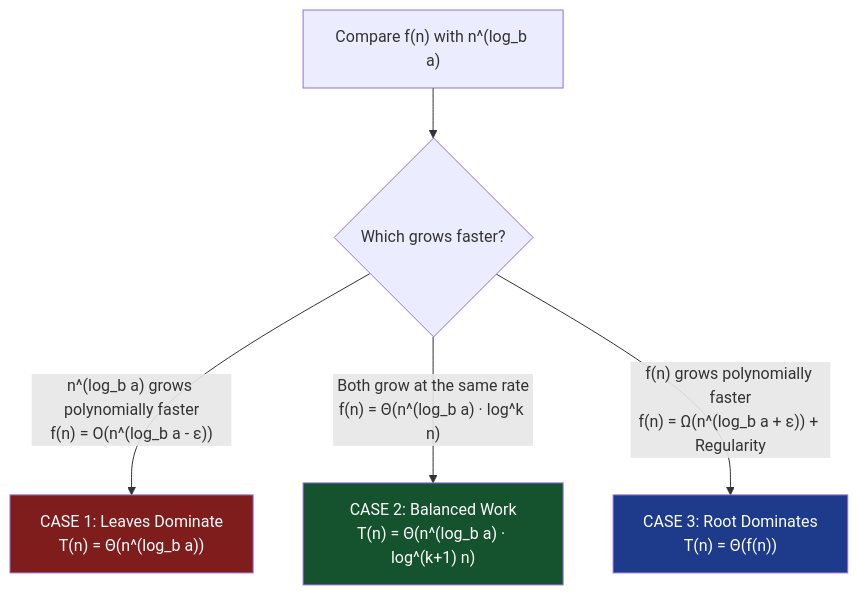
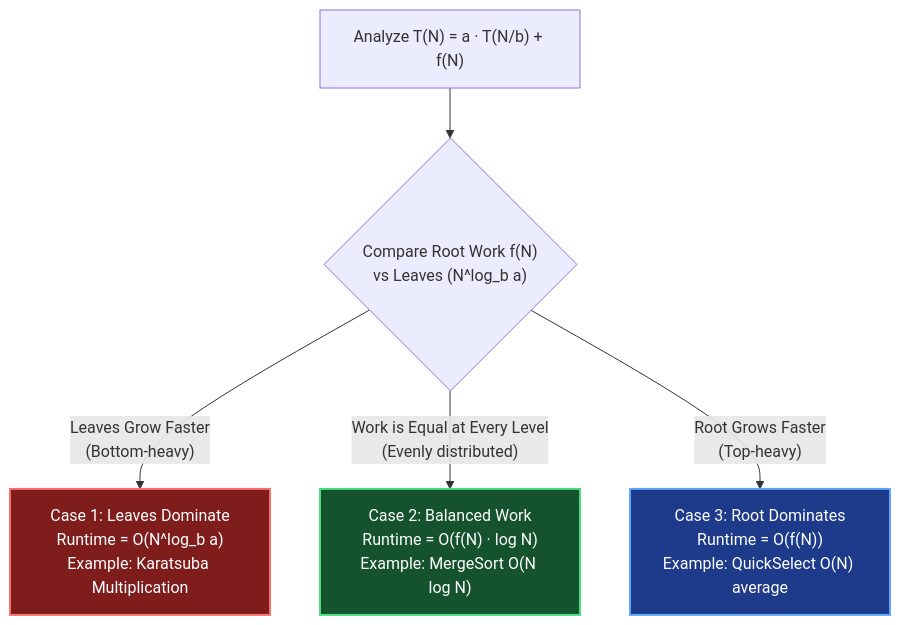
Before and after one commit to vadde/DSA: the diagram in 00 - Fundamentals/000 - Theoretical Foundations (The Complete Guide)/03_recurrences_and_master_theorem.md, drawn with Mermaid. The commit also changed other lines of this file and 14 other files, not shown here.

````diff
--- a/00 - Fundamentals/000 - Theoretical Foundations (The Complete Guide)/03_recurrences_and_master_theorem.md
+++ b/00 - Fundamentals/000 - Theoretical Foundations (The Complete Guide)/03_recurrences_and_master_theorem.md
@@ -115,12 +42,12 @@
 ```mermaid
 flowchart TD
-    START["Compare f(n) with n^(log_b a)"] --> Q{"Which grows faster?"}
+    Start["Analyze T(N) = a · T(N/b) + f(N)"] --> Compare{"Compare Root Work f(N)\nvs Leaves (N^log_b a)"}
 
-    Q -->|"n^(log_b a) grows polynomially faster\nf(n) = O(n^(log_b a - ε))"| C1["CASE 1: Leaves Dominate\nT(n) = Θ(n^(log_b a))"]
-    Q -->|"Both grow at the same rate\nf(n) = Θ(n^(log_b a) · log^k n)"| C2["CASE 2: Balanced Work\nT(n) = Θ(n^(log_b a) · log^(k+1) n)"]
-    Q -->|"f(n) grows polynomially faster\nf(n) = Ω(n^(log_b a + ε)) + Regularity"| C3["CASE 3: Root Dominates\nT(n) = Θ(f(n))"]
+    Compare -- "Leaves Grow Faster\n(Bottom-heavy)" --> Case1["Case 1: Leaves Dominate\nRuntime = O(N^log_b a)\nExample: Karatsuba Multiplication"]
+    Compare -- "Work is Equal at Every Level\n(Evenly distributed)" --> Case2["Case 2: Balanced Work\nRuntime = O(f(N) · log N)\nExample: MergeSort O(N log N)"]
+    Compare -- "Root Grows Faster\n(Top-heavy)" --> Case3["Case 3: Root Dominates\nRuntime = O(f(N))\nExample: QuickSelect O(N) average"]
 
-    style C1 fill:#7f1d1d,color:#ffffff
-    style C2 fill:#14532d,color:#ffffff
-    style C3 fill:#1e3a8a,color:#ffffff
+    style Case1 fill:#7f1d1d,stroke:#f87171,stroke-width:2px,color:#fff
+    style Case2 fill:#14532d,stroke:#4ade80,stroke-width:2px,color:#fff
+    style Case3 fill:#1e3a8a,stroke:#60a5fa,stroke-width:2px,color:#fff
 ```
````
